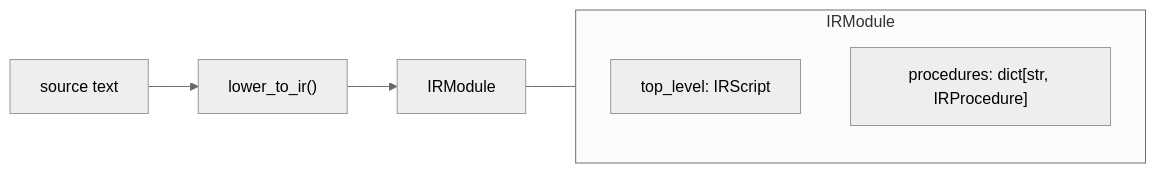
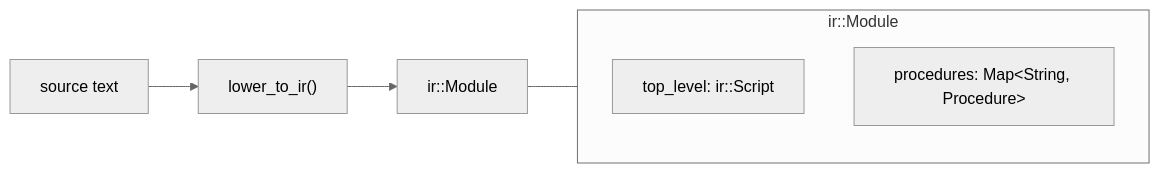
One commit to bitwisecook/tcl-lsp changed the sixth of 20 diagrams in docs/design/compiler-architecture.md. Above: the diagram before and after it, drawn with Mermaid (neutral theme). The commit also changed other lines of this file and 66 other files, not shown here.

````diff
--- a/docs/design/compiler-architecture.md
+++ b/docs/design/compiler-architecture.md
@@ -237,13 +237,13 @@
 ```mermaid
 flowchart LR
     SRC["source text"] --> LOW["lower_to_ir()"]
-    LOW --> MOD["IRModule"]
+    LOW --> MOD["ir::Module"]
 
-    subgraph IRModule
+    subgraph ir::Module
         direction TB
-        TL["top_level: IRScript"]
-        PD["procedures: dict[str, IRProcedure]"]
+        TL["top_level: ir::Script"]
+        PD["procedures: Map&lt;String, Procedure&gt;"]
     end
 
-    MOD --- IRModule
+    MOD --- ir::Module
 ```
````
